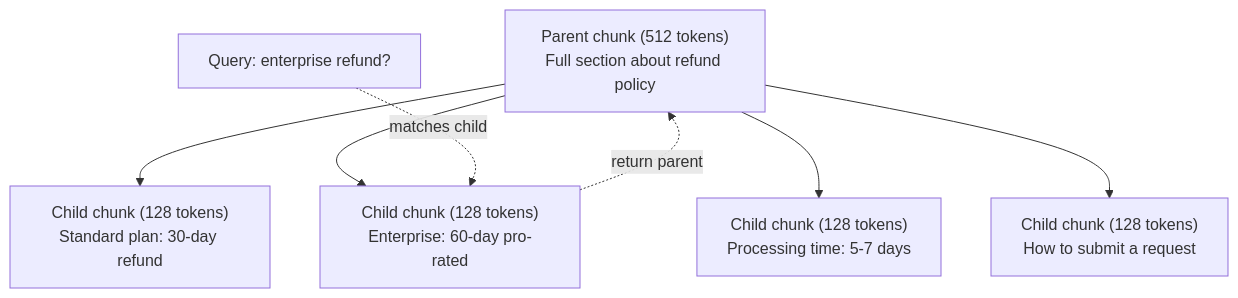
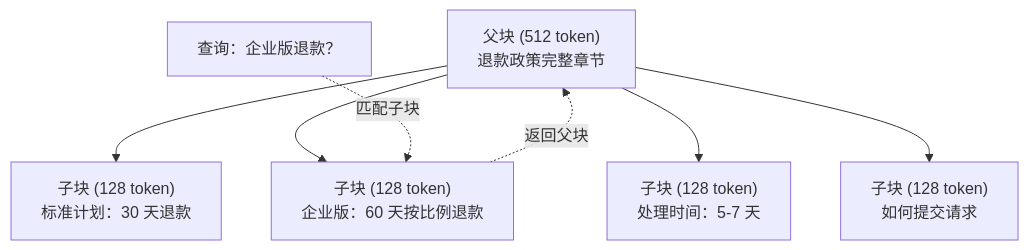
One commit to alessandrodinisio-ai/ai-engineering-learning-framework changed the second of 3 diagrams in phases/11-llm-engineering/07-advanced-rag/docs/zh.md. Above: the diagram before and after it, drawn with Mermaid. The commit also changed other lines of this file and 120 other files, not shown here.

First line of the commit message:
i18n(mermaid): 337 个 mermaid 图表标签中文化

````diff
--- a/phases/11-llm-engineering/07-advanced-rag/docs/zh.md
+++ b/phases/11-llm-engineering/07-advanced-rag/docs/zh.md
@@ -124,16 +124,16 @@
 ```mermaid
 graph TD
-    P["Parent chunk (512 tokens)<br/>Full section about refund policy"]
-    C1["Child chunk (128 tokens)<br/>Standard plan: 30-day refund"]
-    C2["Child chunk (128 tokens)<br/>Enterprise: 60-day pro-rated"]
-    C3["Child chunk (128 tokens)<br/>Processing time: 5-7 days"]
-    C4["Child chunk (128 tokens)<br/>How to submit a request"]
+    P["父块 (512 token)<br/>退款政策完整章节"]
+    C1["子块 (128 token)<br/>标准计划：30 天退款"]
+    C2["子块 (128 token)<br/>企业版：60 天按比例退款"]
+    C3["子块 (128 token)<br/>处理时间：5-7 天"]
+    C4["子块 (128 token)<br/>如何提交请求"]
 
     P --> C1
     P --> C2
     P --> C3
     P --> C4
 
-    Q["Query: enterprise refund?"] -.->|"matches child"| C2
-    C2 -.->|"return parent"| P
+    Q["查询：企业版退款？"] -.->|"匹配子块"| C2
+    C2 -.->|"返回父块"| P
 ```
````
